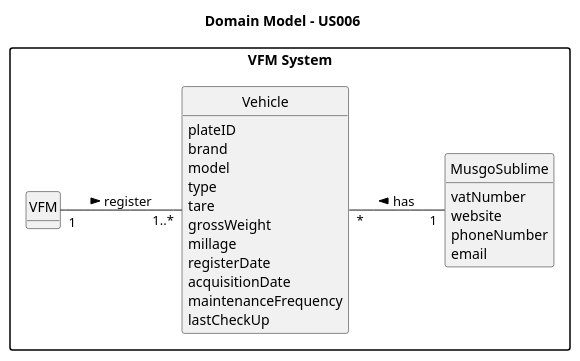
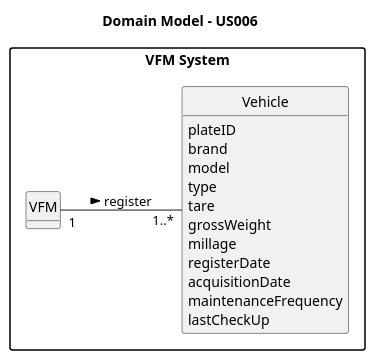
Before and after one commit to SAEmanuel/Green_Spaces_Management_ISEP: the diagram in docs/sprintB/us006/02.analysis/puml/us006-domain-model.puml, drawn with PlantUML. The commit also changed 4 other files, not shown here.

```diff
--- a/docs/sprintB/us006/02.analysis/puml/us006-domain-model.puml
+++ b/docs/sprintB/us006/02.analysis/puml/us006-domain-model.puml
@@ -1,44 +1,36 @@
 @startuml
 skinparam monochrome true
 skinparam packageStyle rectangle
 skinparam shadowing false
 
 skinparam classAttributeIconSize 0
 left to right direction
 
 hide circles
 hide methods
 
 title Domain Model - US006
 
 package "VFM System" {
 
     class VFM {
     }
 
     class Vehicle {
          plateID
          brand
          model
          type
          tare
          grossWeight
          millage
          registerDate
          acquisitionDate
          maintenanceFrequency
          lastCheckUp
     }
 
-    class MusgoSublime {
-            vatNumber
-            website
-            phoneNumber
-            email
-        }
-
 
     VFM "1" -- "1..*" Vehicle : register >
-    Vehicle "*" -- "1" MusgoSublime : has <
 }
 @enduml
```
